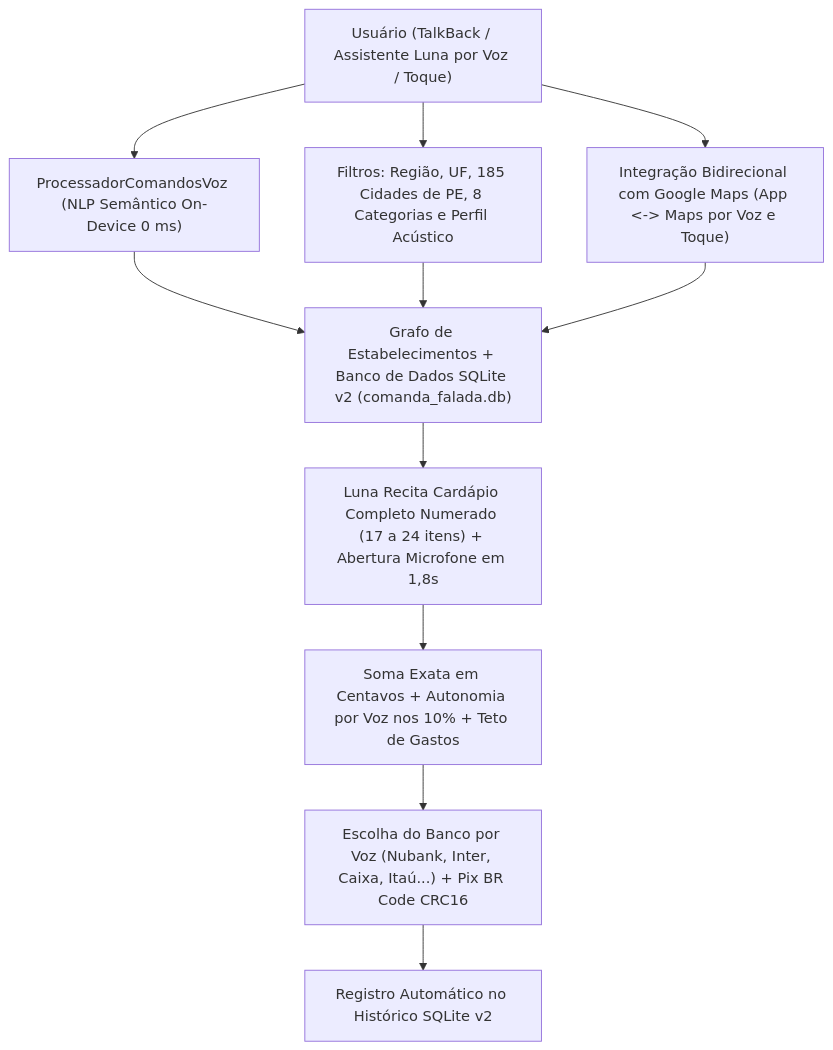
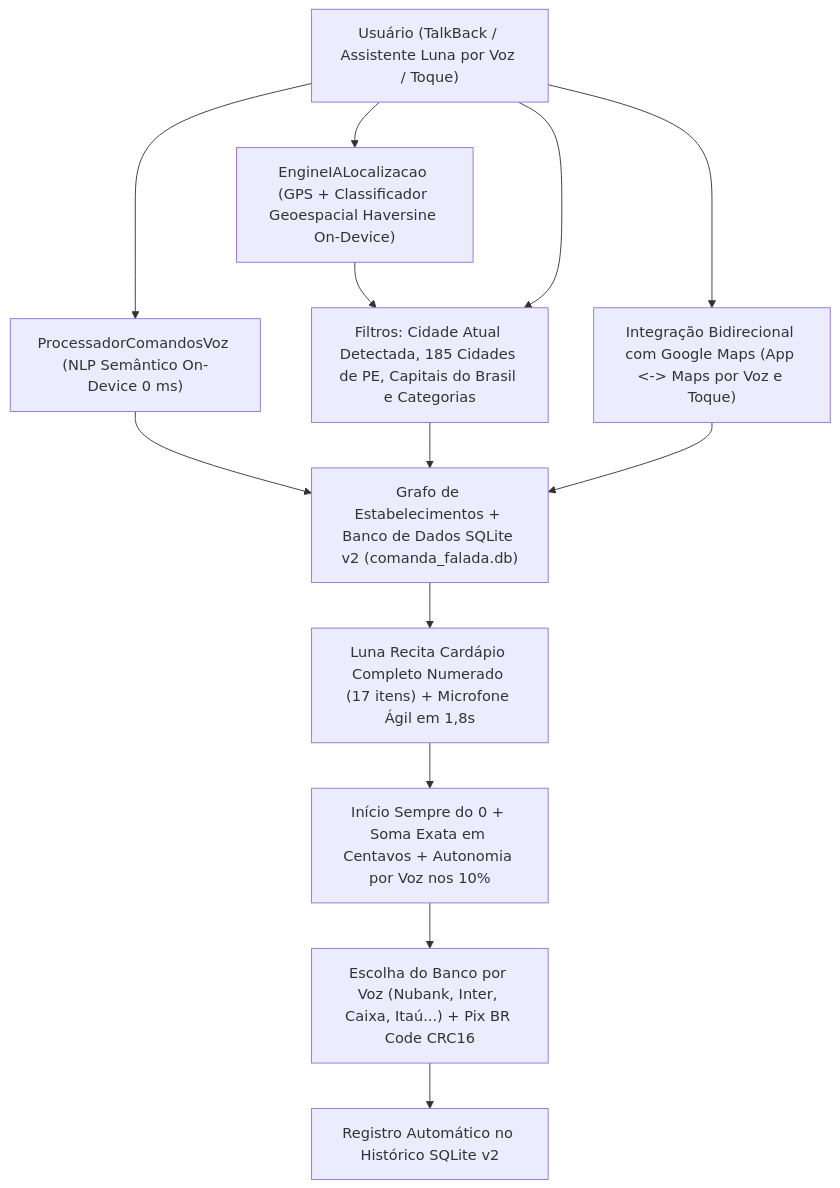
Before and after one commit to Edson-amorim/topicos-em-ia: the diagram in RELATORIO_GERAL.md, drawn with Mermaid. The commit also changed other lines of this file and 8 other files, not shown here.

Commit message:
feat(luna): adicionar modelo de IA de localizacao geoespacial, inicio sempre do zero e filtro de cidades sem alucinacao

````diff
--- a/RELATORIO_GERAL.md
+++ b/RELATORIO_GERAL.md
@@ -15,13 +17,15 @@
 ```mermaid
 flowchart TD
     A["Usuário (TalkBack / Assistente Luna por Voz / Toque)"] --> B["ProcessadorComandosVoz (NLP Semântico On-Device 0 ms)"]
-    A --> C["Filtros: Região, UF, 185 Cidades de PE, 8 Categorias e Perfil Acústico"]
+    A --> L["EngineIALocalizacao (GPS + Classificador Geoespacial Haversine On-Device)"]
+    L --> C["Filtros: Cidade Atual Detectada, 185 Cidades de PE, Capitais do Brasil e Categorias"]
+    A --> C
     A --> D["Integração Bidirecional com Google Maps (App <-> Maps por Voz e Toque)"]
     B --> E["Grafo de Estabelecimentos + Banco de Dados SQLite v2 (comanda_falada.db)"]
     C --> E
     D --> E
-    E --> F["Luna Recita Cardápio Completo Numerado (17 a 24 itens) + Abertura Microfone em 1,8s"]
-    F --> G["Soma Exata em Centavos + Autonomia por Voz nos 10% + Teto de Gastos"]
+    E --> F["Luna Recita Cardápio Completo Numerado (17 itens) + Microfone Ágil em 1,8s"]
+    F --> G["Início Sempre do 0 + Soma Exata em Centavos + Autonomia por Voz nos 10%"]
     G --> H["Escolha do Banco por Voz (Nubank, Inter, Caixa, Itaú...) + Pix BR Code CRC16"]
     H --> I["Registro Automático no Histórico SQLite v2"]
 ```
````
